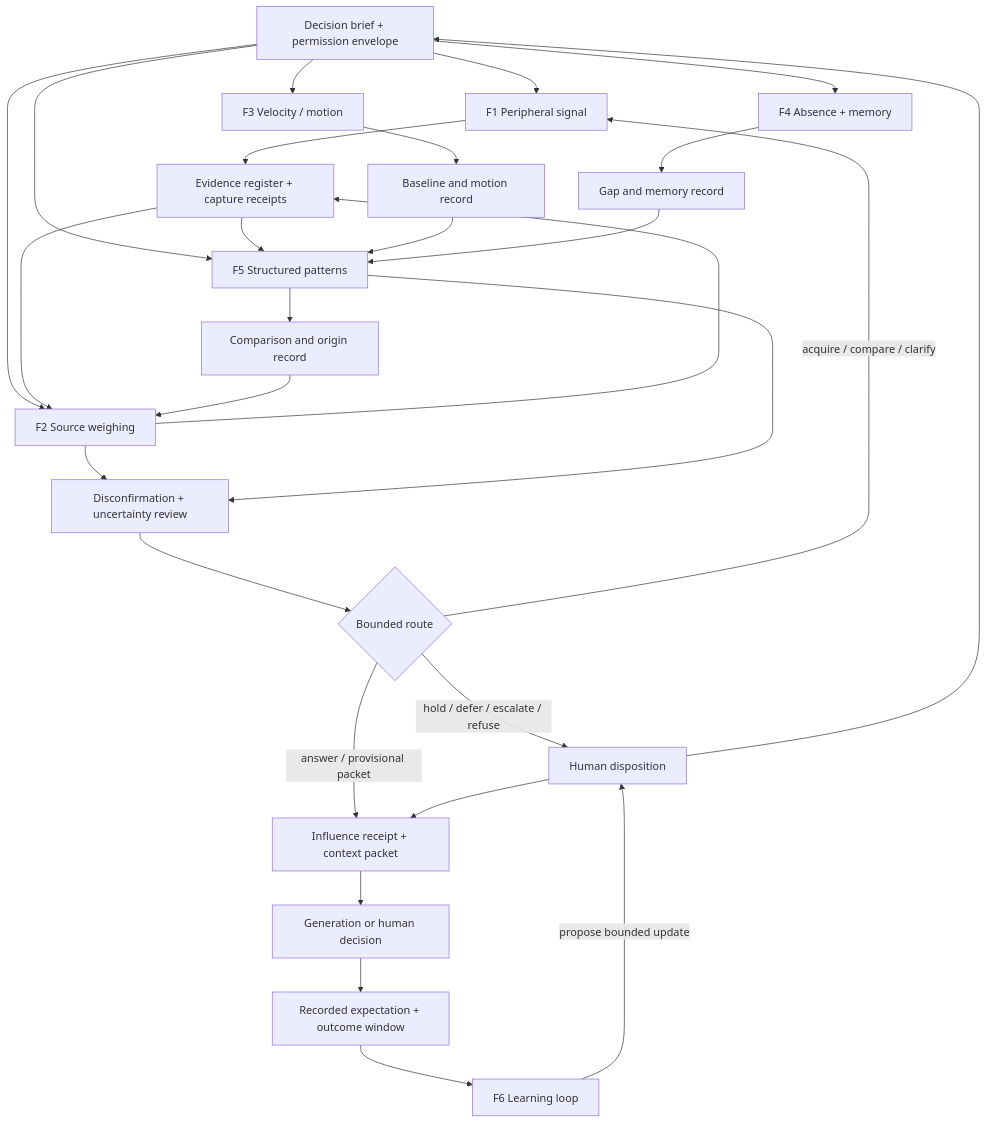
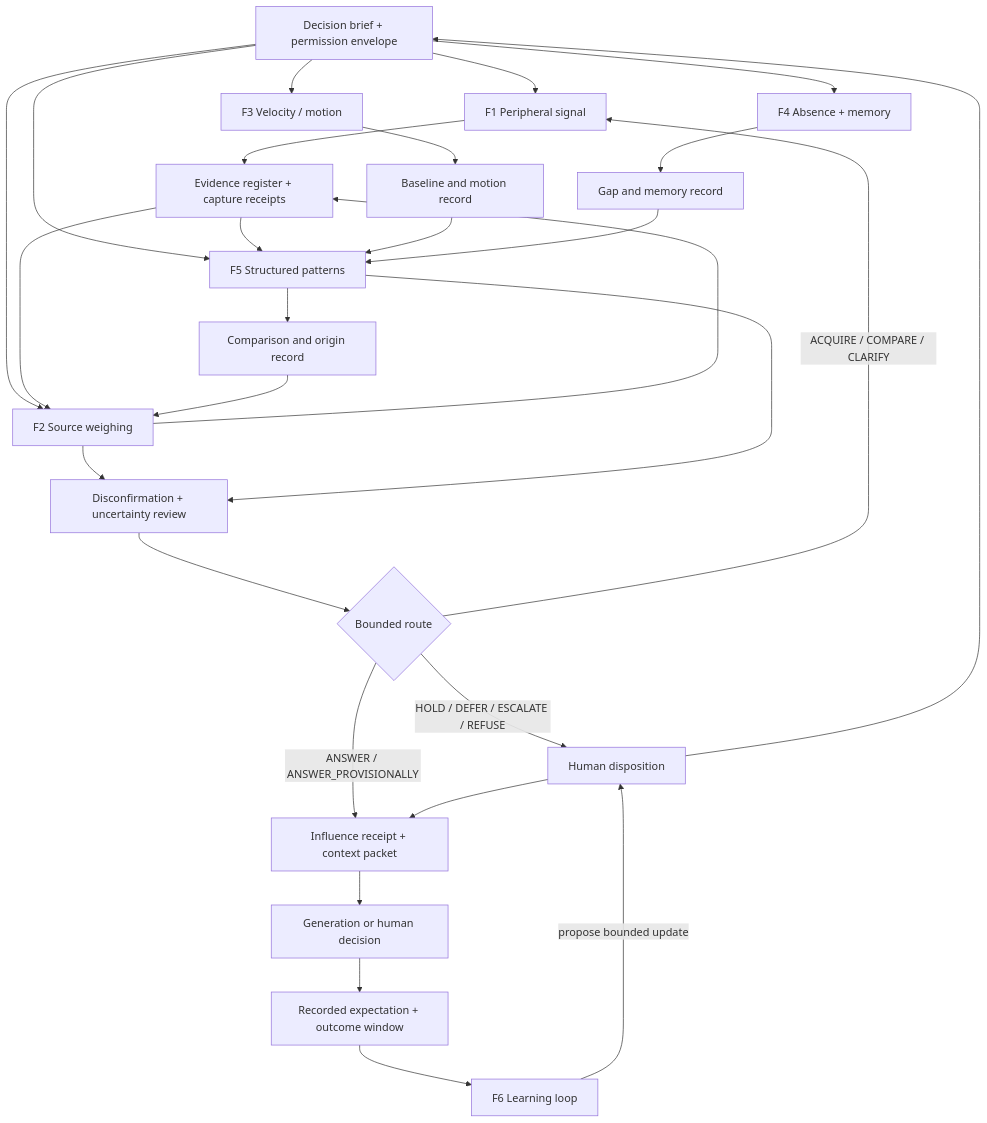
One commit to adonisdv23/Pattern-Map changed the diagram in framework/RELATIONSHIP_MAP.md. Above: the diagram before and after it, drawn with Mermaid. The commit also changed other lines of this file and 6 other files, not shown here.

```diff
--- a/framework/RELATIONSHIP_MAP.md
+++ b/framework/RELATIONSHIP_MAP.md
@@ -11,30 +11,30 @@
 ~~~mermaid
 flowchart TD
     A["Decision brief + permission envelope"] --> B["F1 Peripheral signal"]
     A --> C["F2 Source weighing"]
     A --> D["F3 Velocity / motion"]
     A --> E["F4 Absence + memory"]
     A --> F["F5 Structured patterns"]
     B --> G["Evidence register + capture receipts"]
     C --> G
     D --> H["Baseline and motion record"]
     E --> I["Gap and memory record"]
     F --> J["Comparison and origin record"]
     G --> C
     G --> F
     H --> F
     I --> F
     J --> C
     C --> K["Disconfirmation + uncertainty review"]
     F --> K
     K --> L{"Bounded route"}
-    L -->|"acquire / compare / clarify"| B
-    L -->|"hold / defer / escalate / refuse"| M["Human disposition"]
-    L -->|"answer / provisional packet"| N["Influence receipt + context packet"]
+    L -->|"ACQUIRE / COMPARE / CLARIFY"| B
+    L -->|"HOLD / DEFER / ESCALATE / REFUSE"| M["Human disposition"]
+    L -->|"ANSWER / ANSWER_PROVISIONALLY"| N["Influence receipt + context packet"]
     M --> N
     N --> O["Generation or human decision"]
     O --> P["Recorded expectation + outcome window"]
     P --> Q["F6 Learning loop"]
     Q -->|"propose bounded update"| M
     M --> A
 ~~~
```
